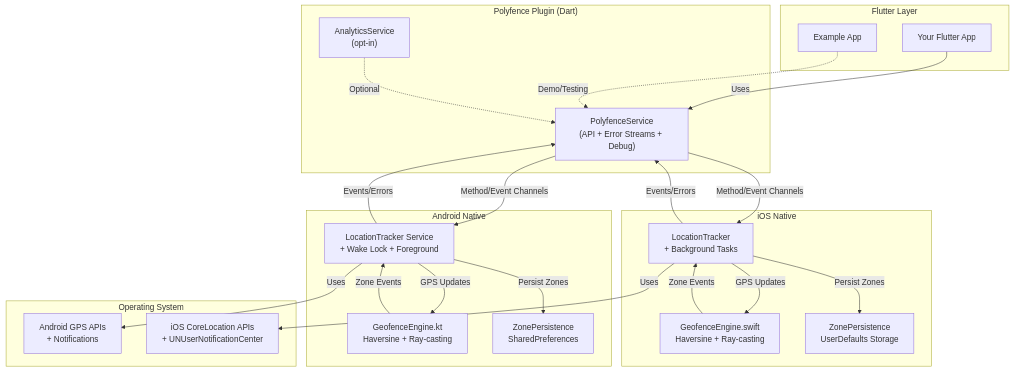
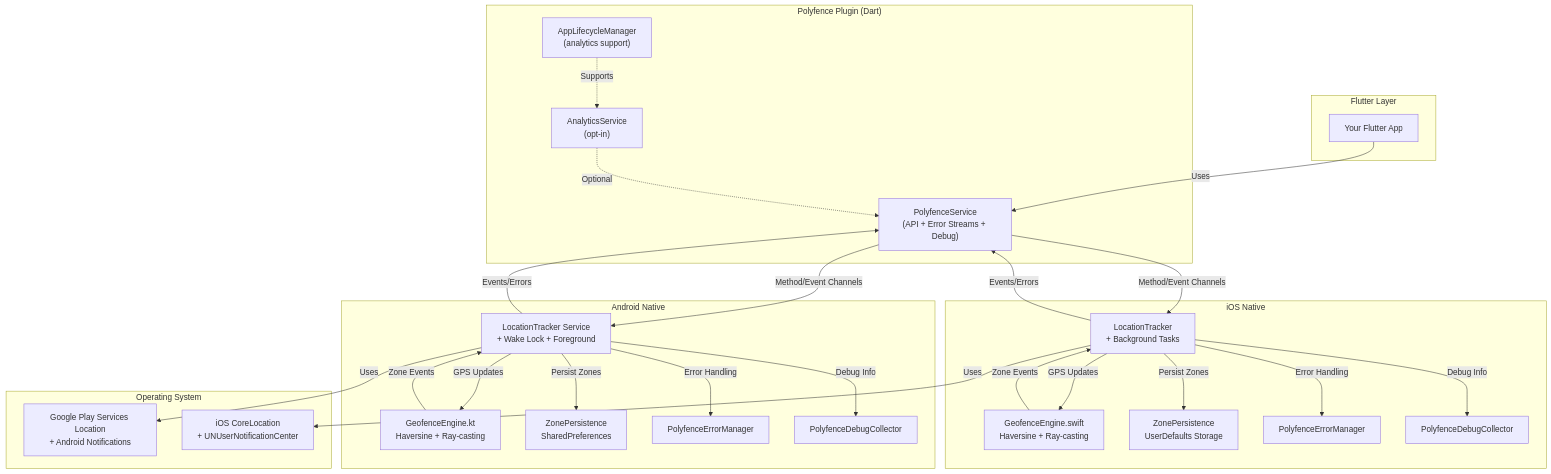
The diagram in README.md (polyfence/polyfence-flutter), drawn with Mermaid before and after one commit. The commit also changed other lines of this file and 1 other file, not shown here.

Commit message:
docs: Fix README dependencies and update architecture diagram
- Fix README dependencies section: Changed from 'None' to 'Minimal (Play Services Location on Android)' to accurately reflect Google Play Services Location dependency
- Update mermaid architecture diagram:
  - Add missing AppLifecycleManager component
  - Add missing PolyfenceErrorManager and PolyfenceDebugCollector for both Android and iOS
  - Update OS layer to accurately show 'Google Play Services Location' instead of generic 'Android GPS APIs'
  - Remove Example App from plugin architecture diagram (it's external)
- Add Android dependency note in Platform Setup section
- Enhance zone persistence documentation with delta-based sync details

- Update CHANGELOG:
  - Document delta-based zone synchronization feature
  - Document API key configuration improvements (nullable, security improvements)
  - Better organize API key changes under 'Changed' section

````diff
--- a/README.md
+++ b/README.md
@@ -279,50 +280,59 @@
 ```mermaid
 flowchart TB
   subgraph Flutter["Flutter Layer"]
     A["Your Flutter App"]
-    X["Example App"]
   end
 
   subgraph Plugin["Polyfence Plugin (Dart)"]
     B["PolyfenceService<br/>(API + Error Streams + Debug)"]
     E["AnalyticsService<br/>(opt-in)"]
+    AL["AppLifecycleManager<br/>(analytics support)"]
   end
 
   subgraph AndroidNative["Android Native"]
     F["LocationTracker Service<br/>+ Wake Lock + Foreground"]
     G["GeofenceEngine.kt<br/>Haversine + Ray-casting"]
     H["ZonePersistence<br/>SharedPreferences"]
+    EM["PolyfenceErrorManager"]
+    DC["PolyfenceDebugCollector"]
   end
 
   subgraph iOSNative["iOS Native"]
     I["LocationTracker<br/>+ Background Tasks"]
     J["GeofenceEngine.swift<br/>Haversine + Ray-casting"]
     K["ZonePersistence<br/>UserDefaults Storage"]
+    EMI["PolyfenceErrorManager"]
+    DCI["PolyfenceDebugCollector"]
   end
 
   subgraph OS["Operating System"]
-    L["Android GPS APIs<br/>+ Notifications"]
-    M["iOS CoreLocation APIs<br/>+ UNUserNotificationCenter"]
+    L["Google Play Services Location<br/>+ Android Notifications"]
+    M["iOS CoreLocation<br/>+ UNUserNotificationCenter"]
   end
 
   A -->|Uses| B
-  X -.->|Demo/Testing| B
   E -.->|Optional| B
+  AL -.->|Supports| E
 
   B -->|Method/Event Channels| F
   B -->|Method/Event Channels| I
 
   F -->|GPS Updates| G
   I -->|GPS Updates| J
   G -->|Zone Events| F
   J -->|Zone Events| I
 
   F -->|Persist Zones| H
   I -->|Persist Zones| K
 
+  F -->|Error Handling| EM
+  I -->|Error Handling| EMI
+  F -->|Debug Info| DC
+  I -->|Debug Info| DCI
+
   F -->|Events/Errors| B
   I -->|Events/Errors| B
 
   F -->|Uses| L
   I -->|Uses| M
 ```
````
